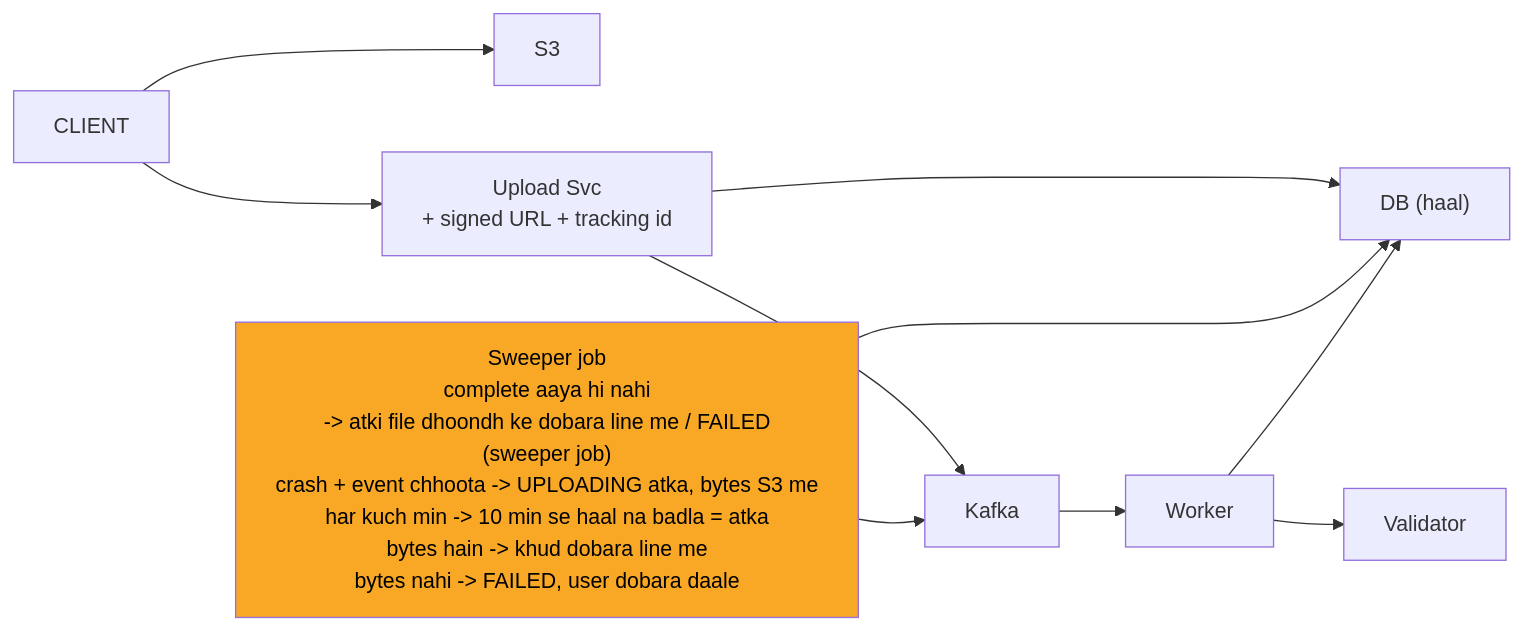
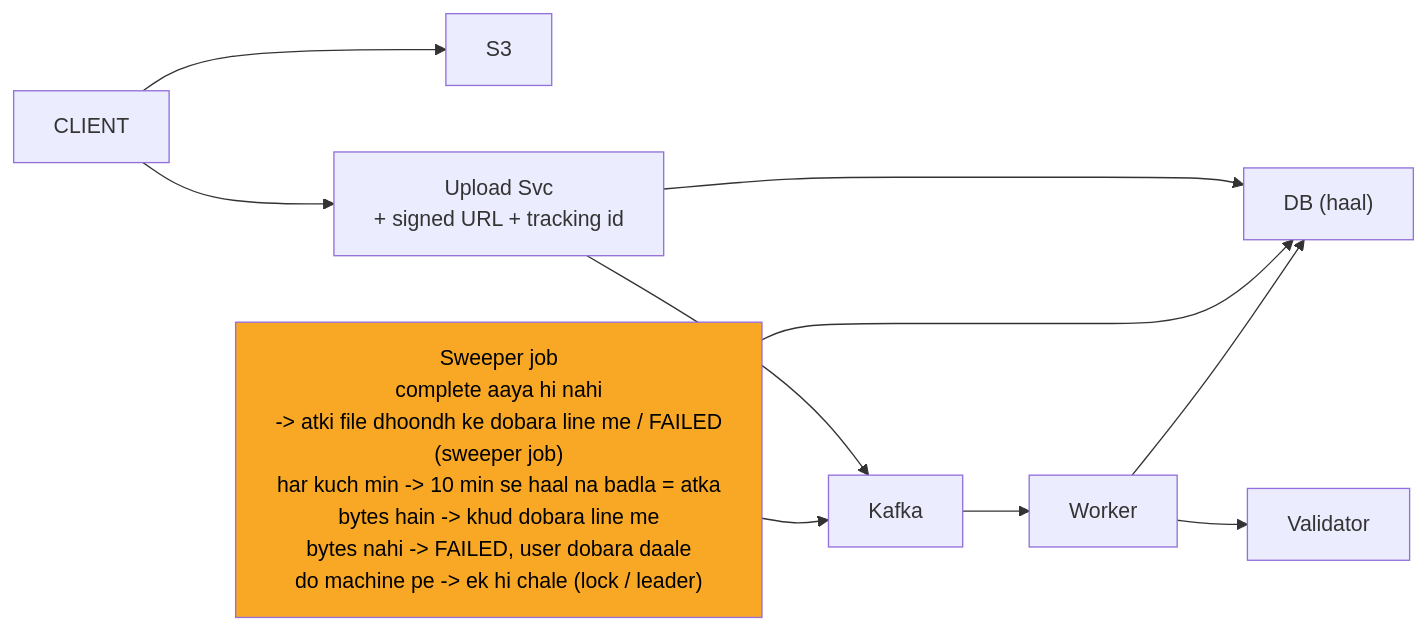
Before and after one commit to ArpanMaheshwari144/Prep: the fifth of 11 diagrams in 04_HLD/SYSTEM_DESIGNS/07_file_upload_validate_system/07_file_upload_INTERVIEW.md, drawn with Mermaid. The commit also changed 7 other files, not shown here.

````diff
--- a/04_HLD/SYSTEM_DESIGNS/07_file_upload_validate_system/07_file_upload_INTERVIEW.md
+++ b/04_HLD/SYSTEM_DESIGNS/07_file_upload_validate_system/07_file_upload_INTERVIEW.md
@@ -216,22 +216,22 @@
 ```mermaid
 %%{init: {"flowchart": {"wrappingWidth": 450}}}%%
 flowchart LR
     n_CLIENT["CLIENT"]
     n_S3["S3"]
     n_Upload_Svc["Upload Svc<br/>+ signed URL + tracking id"]
     n_DB["DB (haal)"]
-    n_Sweeper_job["Sweeper job<br/>complete aaya hi nahi<br/>-> atki file dhoondh ke dobara line me / FAILED<br/>(sweeper job)<br/>crash + event chhoota -> UPLOADING atka, bytes S3 me<br/>har kuch min -> 10 min se haal na badla = atka<br/>bytes hain -> khud dobara line me<br/>bytes nahi -> FAILED, user dobara daale"]
+    n_Sweeper_job["Sweeper job<br/>complete aaya hi nahi<br/>-> atki file dhoondh ke dobara line me / FAILED<br/>(sweeper job)<br/>har kuch min -> 10 min se haal na badla = atka<br/>bytes hain -> khud dobara line me<br/>bytes nahi -> FAILED, user dobara daale<br/>do machine pe -> ek hi chale (lock / leader)"]
     n_Kafka["Kafka"]
     n_Worker["Worker"]
     n_Validator["Validator"]
     n_CLIENT --> n_S3
     n_CLIENT --> n_Upload_Svc
     n_Upload_Svc --> n_DB
     n_Upload_Svc --> n_Kafka
     n_Sweeper_job --> n_DB
     n_Sweeper_job --> n_Kafka
     n_Kafka --> n_Worker
     n_Worker --> n_Validator
     n_Worker --> n_DB
     style n_Sweeper_job fill:#f9a825,color:#000
 ```
````
